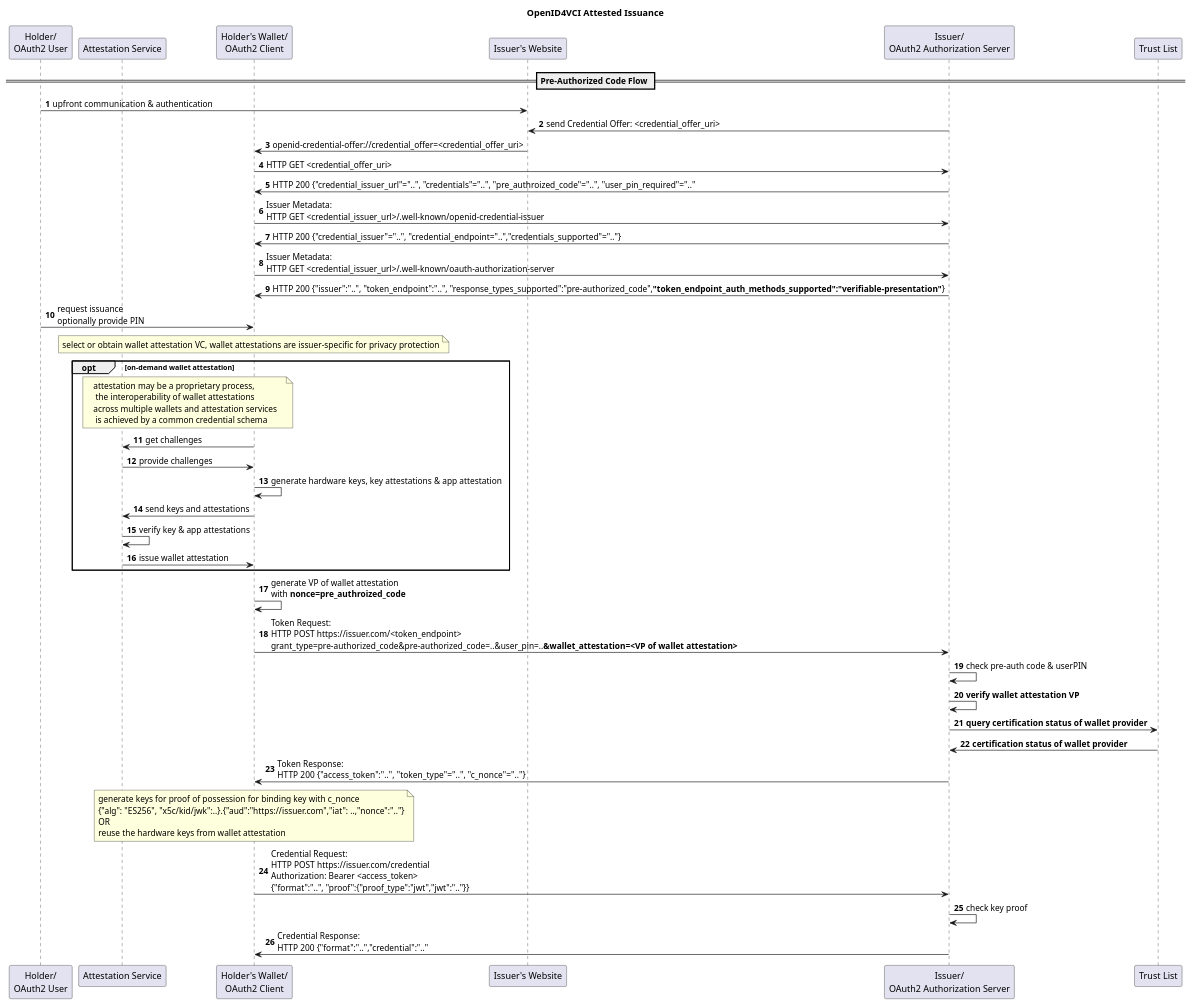
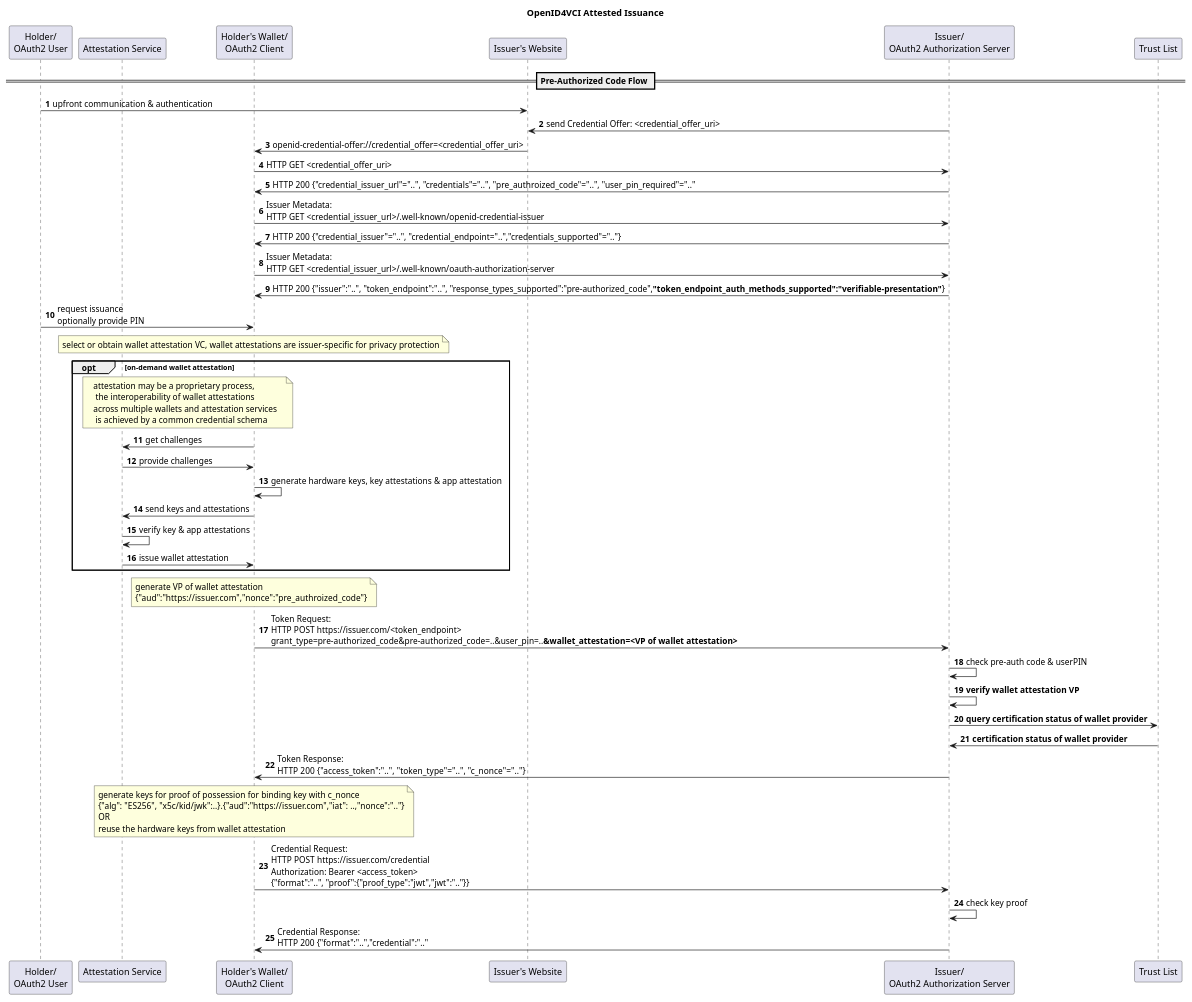
The diagram in Attestation/issuance_flow.puml (IDunion/hackathon), drawn with PlantUML before and after one commit.

Commit message:
further specify wallet attestation vp for token andpoint

```diff
--- a/Attestation/issuance_flow.puml
+++ b/Attestation/issuance_flow.puml
@@ -1,57 +1,57 @@
 @startuml
 'https://plantuml.com/sequence-diagram
 
 title OpenID4VCI Attested Issuance
 
 autonumber
 
 participant u as "Holder/\nOAuth2 User"
 participant a as "Attestation Service"
 participant w as "Holder's Wallet/\nOAuth2 Client"
 participant b as "Issuer's Website"
 participant i as "Issuer/\nOAuth2 Authorization Server"
 participant t as "Trust List"
 
 == Pre-Authorized Code Flow ==
 u -> b : upfront communication & authentication
 
 i -> b : send Credential Offer: <credential_offer_uri>
 b -> w : openid-credential-offer://credential_offer=<credential_offer_uri>
 
 w -> i : HTTP GET <credential_offer_uri>
 i -> w : HTTP 200 {"credential_issuer_url"="..", "credentials"="..", "pre_authroized_code"="..", "user_pin_required"=".."
 
 w -> i : Issuer Metadata:\nHTTP GET <credential_issuer_url>/.well-known/openid-credential-issuer
 i -> w : HTTP 200 {"credential_issuer"="..", "credential_endpoint="..","credentials_supported"=".."}
 
 w -> i : Issuer Metadata:\nHTTP GET <credential_issuer_url>/.well-known/oauth-authorization-server
 i -> w : HTTP 200 {"issuer":"..", "token_endpoint":"..", "response_types_supported":"pre-authorized_code",**"token_endpoint_auth_methods_supported":"verifiable-presentation"**}
 
 u -> w : request issuance\noptionally provide PIN
 
 note over w: select or obtain wallet attestation VC, wallet attestations are issuer-specific for privacy protection
 opt on-demand wallet attestation
 note over w,a: attestation may be a proprietary process,\n the interoperability of wallet attestations\nacross multiple wallets and attestation services\n is achieved by a common credential schema
 w -> a : get challenges
 a -> w : provide challenges
 w -> w : generate hardware keys, key attestations & app attestation
 w -> a : send keys and attestations
 a -> a : verify key & app attestations
 a -> w : issue wallet attestation
 end
 
-w -> w : generate VP of wallet attestation\nwith **nonce=pre_authroized_code**
+note over w : generate VP of wallet attestation\n{"aud":"https://issuer.com","nonce":"pre_authroized_code"}
 
 w -> i : Token Request:\nHTTP POST https://issuer.com/<token_endpoint>\ngrant_type=pre-authorized_code&pre-authorized_code=..&user_pin=..**&wallet_attestation=<VP of wallet attestation>**
 i -> i : check pre-auth code & userPIN
 i -> i : **verify wallet attestation VP**
 i -> t : **query certification status of wallet provider**
 t -> i : **certification status of wallet provider**
 i -> w : Token Response:\nHTTP 200  {"access_token":"..", "token_type"="..", "c_nonce"=".."}
 
 note over w : generate keys for proof of possession for binding key with c_nonce\n{"alg": "ES256", "x5c/kid/jwk":..}.{"aud":"https://issuer.com","iat": ..,"nonce":".."}\nOR\nreuse the hardware keys from wallet attestation
 w -> i : Credential Request:\nHTTP POST https://issuer.com/credential\nAuthorization: Bearer <access_token>\n{"format":"..", "proof":{"proof_type":"jwt","jwt":".."}}
 i -> i : check key proof
 i -> w : Credential Response:\nHTTP 200 {"format":"..","credential":".."
 
 @enduml
```
